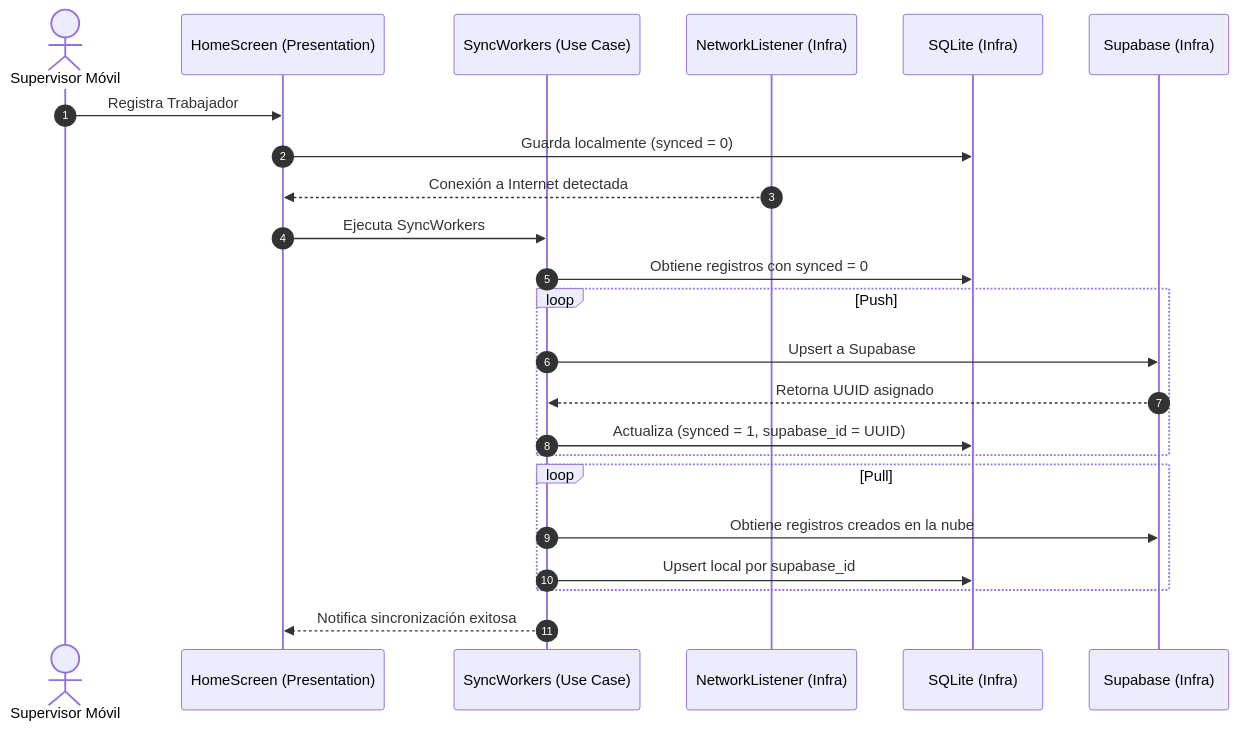
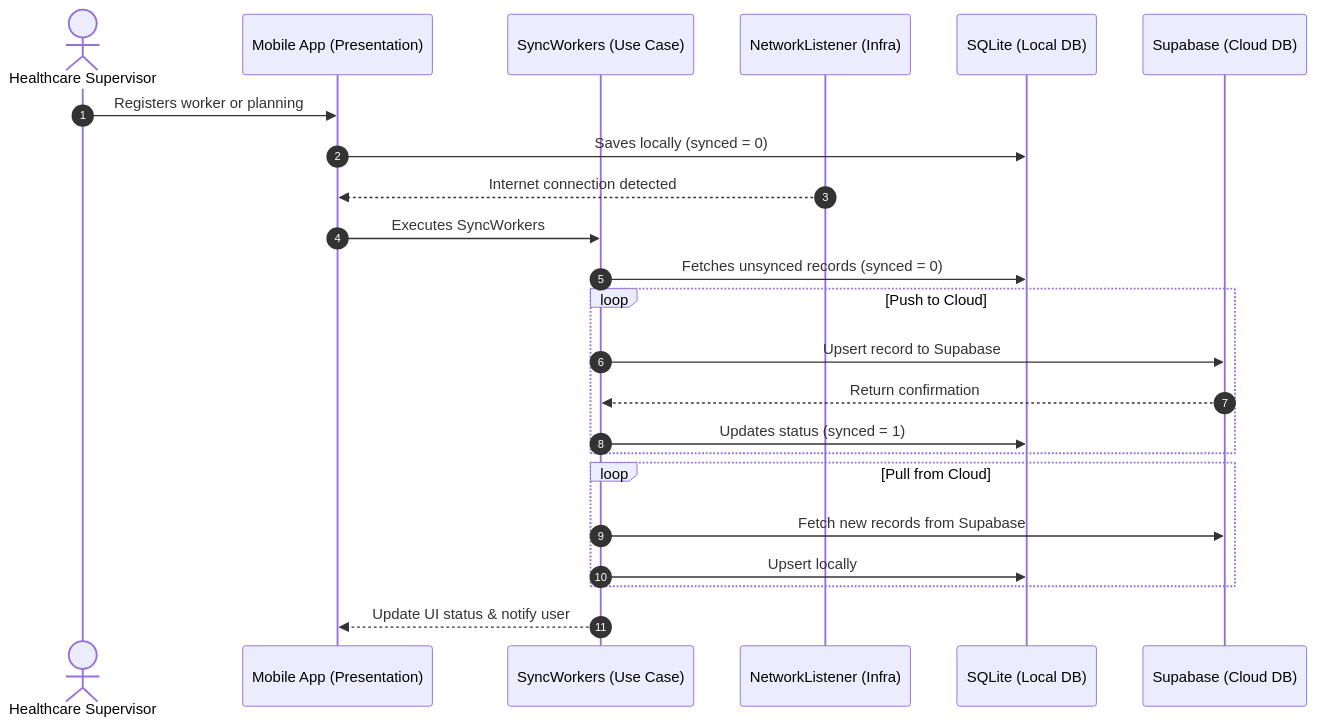
Before and after one commit to watchtheblind/IVSS-WORKERS-ORGANIZER: the diagram in README.md, drawn with Mermaid. The commit also changed other lines of this file, not shown here.

Commit message:
docs: update README in English with comprehensive Supabase setup and SQL guide

````diff
--- a/README.md
+++ b/README.md
@@ -180,29 +166,29 @@
 ```mermaid
 sequenceDiagram
     autonumber
-    actor Usuario as Supervisor Móvil
-    participant UI as HomeScreen (Presentation)
+    actor User as Healthcare Supervisor
+    participant UI as Mobile App (Presentation)
     participant UC as SyncWorkers (Use Case)
     participant Net as NetworkListener (Infra)
-    participant Local as SQLite (Infra)
-    participant Remote as Supabase (Infra)
+    participant Local as SQLite (Local DB)
+    participant Remote as Supabase (Cloud DB)
 
-    Usuario->>UI: Registra Trabajador
-    UI->>Local: Guarda localmente (synced = 0)
-    Net-->>UI: Conexión a Internet detectada
-    UI->>UC: Ejecuta SyncWorkers
-    UC->>Local: Obtiene registros con synced = 0
+    User->>UI: Registers worker or planning
+    UI->>Local: Saves locally (synced = 0)
+    Net-->>UI: Internet connection detected
+    UI->>UC: Executes SyncWorkers
+    UC->>Local: Fetches unsynced records (synced = 0)
     
-    loop Push
-        UC->>Remote: Upsert a Supabase
-        Remote-->>UC: Retorna UUID asignado
-        UC->>Local: Actualiza (synced = 1, supabase_id = UUID)
+    loop Push to Cloud
+        UC->>Remote: Upsert record to Supabase
+        Remote-->>UC: Return confirmation
+        UC->>Local: Updates status (synced = 1)
     end
 
-    loop Pull
-        UC->>Remote: Obtiene registros creados en la nube
-        UC->>Local: Upsert local por supabase_id
+    loop Pull from Cloud
+        UC->>Remote: Fetch new records from Supabase
+        UC->>Local: Upsert locally
     end
     
-    UC-->>UI: Notifica sincronización exitosa
+    UC-->>UI: Update UI status & notify user
 ```
````
